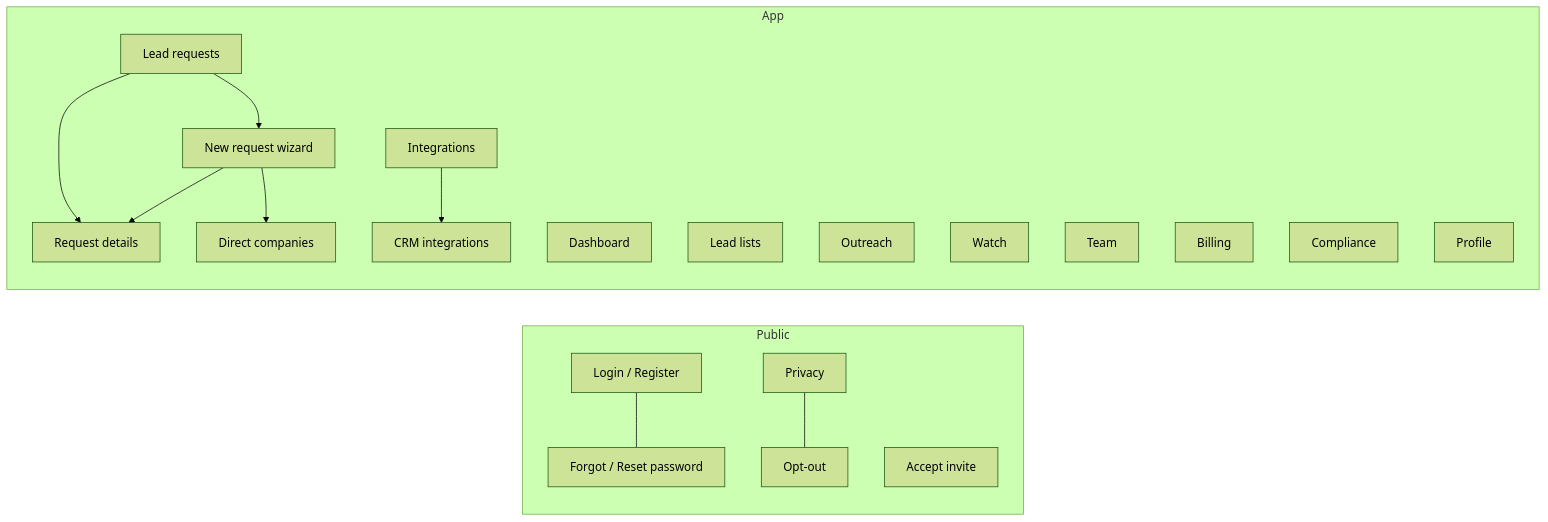
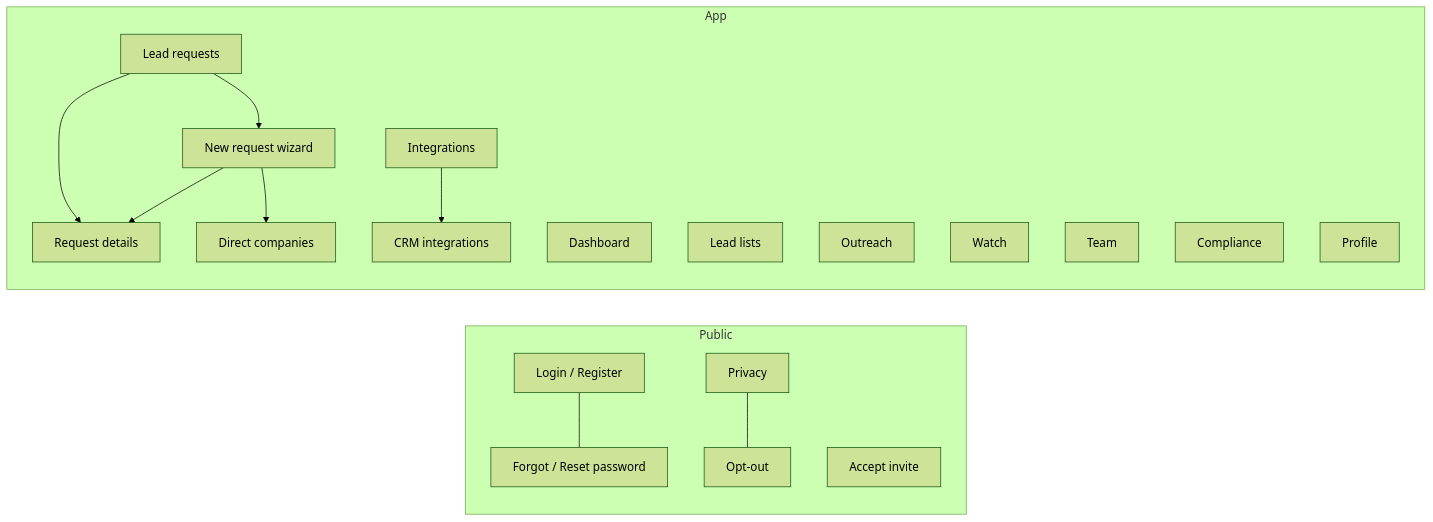
The diagram in docs/product/07-UX-and-Design-Spec.md (ManojAbhiram/quarry), drawn with Mermaid (forest theme) before and after one commit. The commit also changed other lines of this file and 26 other files, not shown here.

````diff
--- a/docs/product/07-UX-and-Design-Spec.md
+++ b/docs/product/07-UX-and-Design-Spec.md
@@ -26,23 +26,22 @@
 ```mermaid title="Navigation map" page=portrait
 flowchart LR
   subgraph Public
     L[Login / Register] --- FP[Forgot / Reset password]
     PR[Privacy] --- OO[Opt-out]
     INV[Accept invite]
   end
   subgraph App
     LR[Lead requests] --> NR[New request wizard]
     NR --> RD[Request details]
     NR --> DC[Direct companies]
     LR --> RD
     DASH[Dashboard]
     LL[Lead lists]
     OUT[Outreach]
     WA[Watch]
     INT[Integrations] --> CRM[CRM integrations]
     TM[Team]
-    BI[Billing]
     CO[Compliance]
     PF[Profile]
   end
 ```
````
